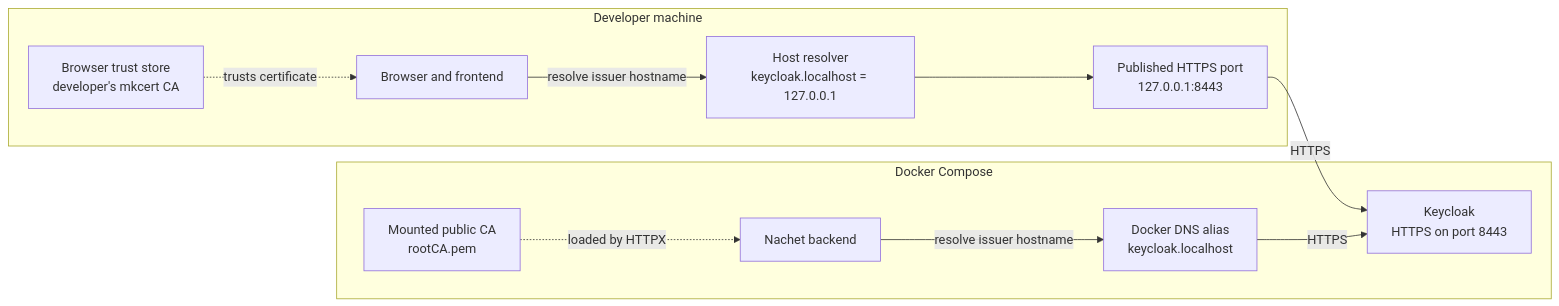
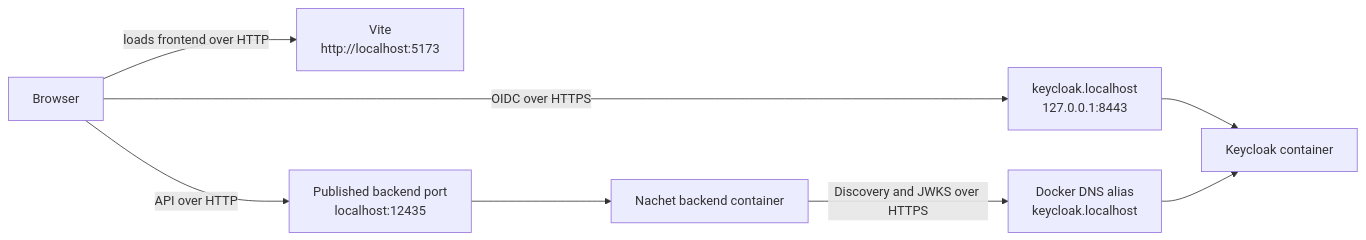
One commit to ai-cfia/nachet changed the second of 4 diagrams in DEVELOPER.md. Above: the diagram before and after it, drawn with Mermaid. The commit also changed other lines of this file, not shown here.

Commit message:
docs(auth): clarify local Keycloak network layouts

````diff
--- a/DEVELOPER.md
+++ b/DEVELOPER.md
@@ -289,24 +301,10 @@
 ```mermaid
 flowchart LR
-    subgraph host["Developer machine"]
-        browser["Browser and frontend"]
-        hosts["Host resolver<br/>keycloak.localhost = 127.0.0.1"]
-        published["Published HTTPS port<br/>127.0.0.1:8443"]
-        browser_ca["Browser trust store<br/>developer's mkcert CA"]
-    end
-
-    subgraph docker["Docker Compose"]
-        backend["Nachet backend"]
-        docker_dns["Docker DNS alias<br/>keycloak.localhost"]
-        backend_ca["Mounted public CA<br/>rootCA.pem"]
-        keycloak["Keycloak<br/>HTTPS on port 8443"]
-    end
-
-    browser -->|"resolve issuer hostname"| hosts
-    hosts --> published
-    published -->|"HTTPS"| keycloak
-    backend -->|"resolve issuer hostname"| docker_dns
-    docker_dns -->|"HTTPS"| keycloak
-    browser_ca -.->|"trusts certificate"| browser
-    backend_ca -.->|"loaded by HTTPX"| backend
+    browser["Browser"] -->|"loads frontend over HTTP"| frontend["Vite<br/>http://localhost:5173"]
+    browser -->|"API over HTTP"| backend_port["Published backend port<br/>localhost:12435"]
+    backend_port --> backend["Nachet backend container"]
+    browser -->|"OIDC over HTTPS"| endpoint["keycloak.localhost<br/>127.0.0.1:8443"]
+    endpoint --> keycloak["Keycloak container"]
+    backend -->|"Discovery and JWKS over HTTPS"| alias["Docker DNS alias<br/>keycloak.localhost"]
+    alias --> keycloak
 ```
````
